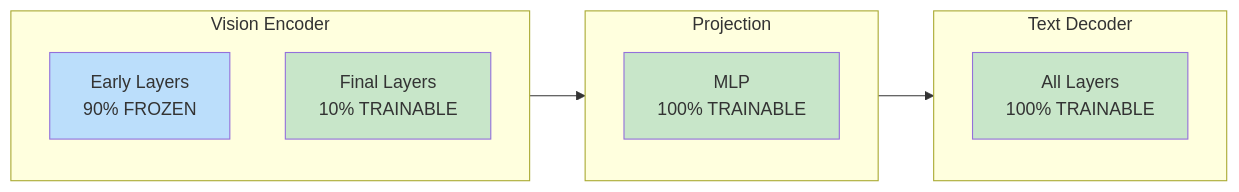
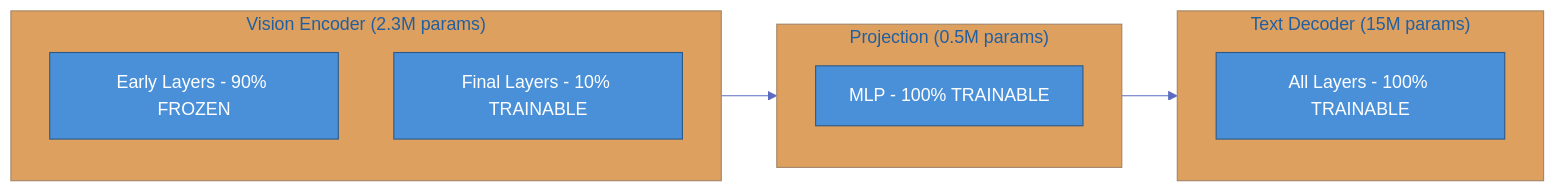
One commit to rishi02102017/Metafusion-Task changed the sixth of 11 diagrams in README.md. Above: the diagram before and after it, drawn with Mermaid. The commit also changed other lines of this file, not shown here.

Commit message:
Fix Mermaid diagram visibility - remove problematic fill colors and add base theme

````diff
--- a/README.md
+++ b/README.md
@@ -405,23 +346,19 @@
 ```mermaid
+%%{init: {'theme': 'base', 'themeVariables': { 'primaryColor': '#4a90d9', 'primaryTextColor': '#fff', 'primaryBorderColor': '#2d5986', 'lineColor': '#5c6bc0'}}}%%
 flowchart LR
-    subgraph Vision["Vision Encoder"]
+    subgraph Vision["Vision Encoder (2.3M params)"]
         direction TB
-        VE1["Early Layers<br/>90% FROZEN"]
-        VE2["Final Layers<br/>10% TRAINABLE"]
-        
-        style VE1 fill:#bbdefb
-        style VE2 fill:#c8e6c9
+        VE1["Early Layers - 90% FROZEN"]
+        VE2["Final Layers - 10% TRAINABLE"]
     end
 
-    subgraph Proj["Projection"]
-        P1["MLP<br/>100% TRAINABLE"]
-        style P1 fill:#c8e6c9
+    subgraph Proj["Projection (0.5M params)"]
+        P1["MLP - 100% TRAINABLE"]
     end
 
-    subgraph Dec["Text Decoder"]
-        D1["All Layers<br/>100% TRAINABLE"]
-        style D1 fill:#c8e6c9
+    subgraph Dec["Text Decoder (15M params)"]
+        D1["All Layers - 100% TRAINABLE"]
     end
 
     Vision --> Proj --> Dec
 ```
````
